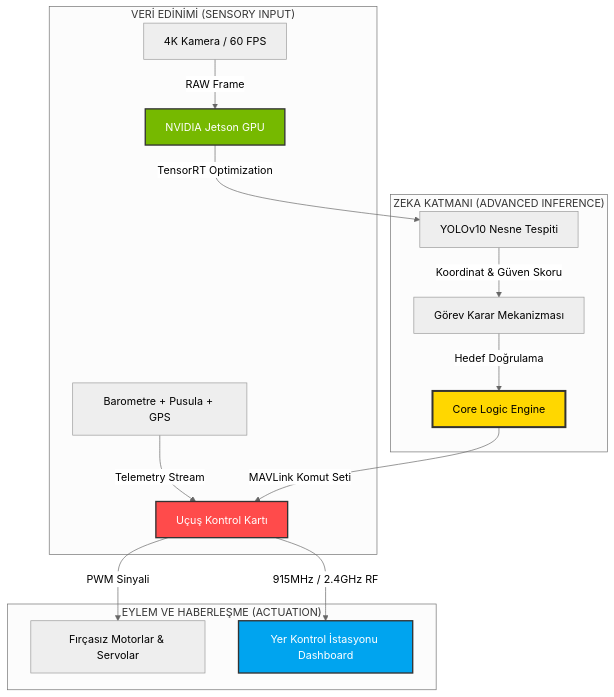
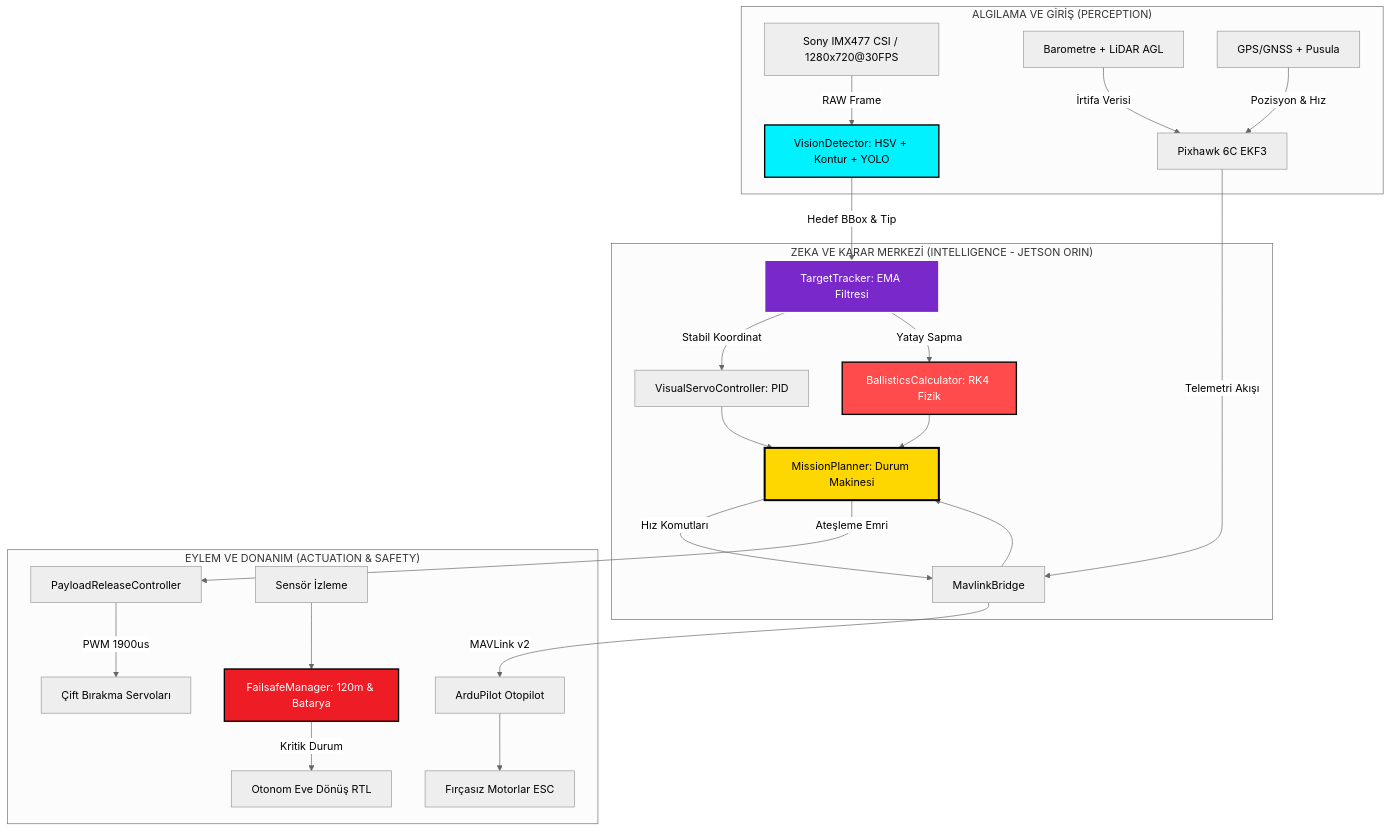
Before and after one commit to bahattinyunus/teknofest_uluslararasi_iha: the first of 2 diagrams in README.md, drawn with Mermaid (neutral theme). The commit also changed other lines of this file and 2 other files, not shown here.

````diff
--- a/README.md
+++ b/README.md
@@ -149,47 +69,34 @@
 ```mermaid
-
 graph TD
-
-    subgraph "VERİ EDİNİMİ (SENSORY INPUT)"
-
-        CAM[4K Kamera / 60 FPS] -- "RAW Frame" --> GPU[NVIDIA Jetson GPU]
-
-        SEN[Barometre + Pusula + GPS] -- "Telemetry Stream" --> FC[Uçuş Kontrol Kartı]
-
+    subgraph "ALGILAMA VE GİRİŞ (PERCEPTION)"
+        CAM[Sony IMX477 CSI / 1280x720@30FPS] -->|RAW Frame| DET[VisionDetector: HSV + Kontur + YOLO]
+        BARO[Barometre + LiDAR AGL] -->|İrtifa Verisi| EKF[Pixhawk 6C EKF3]
+        GPS[GPS/GNSS + Pusula] -->|Pozisyon & Hız| EKF
     end
 
-
-
-    subgraph "ZEKA KATMANI (ADVANCED INFERENCE)"
-
-        GPU -- "TensorRT Optimization" --> AI[YOLOv10 Nesne Tespiti]
-
-        AI -- "Koordinat & Güven Skoru" --> DEC[Görev Karar Mekanizması]
-
-        DEC -- "Hedef Doğrulama" --> COR[Core Logic Engine]
-
+    subgraph "ZEKA VE KARAR MERKEZİ (INTELLIGENCE - JETSON ORIN)"
+        DET -->|Hedef BBox & Tip| TRK[TargetTracker: EMA Filtresi]
+        TRK -->|Stabil Koordinat| VS[VisualServoController: PID]
+        TRK -->|Yatay Sapma| BAL[BallisticsCalculator: RK4 Fizik]
+        EKF -->|Telemetri Akışı| COMMS[MavlinkBridge]
+        COMMS --> FSM[MissionPlanner: Durum Makinesi]
+        VS --> FSM
+        BAL --> FSM
     end
 
-
-
-    subgraph "EYLEM VE HABERLEŞME (ACTUATION)"
-
-        COR -- "MAVLink Komut Seti" --> FC
-
-        FC -- "PWM Sinyali" --> PWM[Fırçasız Motorlar & Servolar]
-
-        FC -- "915MHz / 2.4GHz RF" --> GCS[Yer Kontrol İstasyonu Dashboard]
-
+    subgraph "EYLEM VE DONANIM (ACTUATION & SAFETY)"
+        FSM -->|Hız Komutları| COMMS
+        FSM -->|Ateşleme Emri| ACT[PayloadReleaseController]
+        ACT -->|PWM 1900us| SERVO[Çift Bırakma Servoları]
+        COMMS -->|MAVLink v2| FC[ArduPilot Otopilot]
+        FC --> MOT[Fırçasız Motorlar ESC]
+        SENS[Sensör İzleme] --> FS[FailsafeManager: 120m & Batarya]
+        FS -->|Kritik Durum| RTL[Otonom Eve Dönüş RTL]
     end
 
-
-
-    style GPU fill:#76B900,stroke:#333,stroke-width:2px,color:#fff
-
-    style FC fill:#FF4B4B,stroke:#333,stroke-width:2px,color:#fff
-
-    style GCS fill:#00A4EF,stroke:#333,stroke-width:2px,color:#fff
-
-    style COR fill:#FFD700,stroke:#333,stroke-width:3px,color:#000
-
+    style DET fill:#00F2FF,stroke:#000,stroke-width:2px,color:#000
+    style TRK fill:#7928CA,stroke:#fff,stroke-width:2px,color:#fff
+    style BAL fill:#FF4B4B,stroke:#000,stroke-width:2px,color:#fff
+    style FSM fill:#FFD700,stroke:#000,stroke-width:3px,color:#000
+    style FS fill:#EE1C25,stroke:#000,stroke-width:2px,color:#fff
 ```
````
